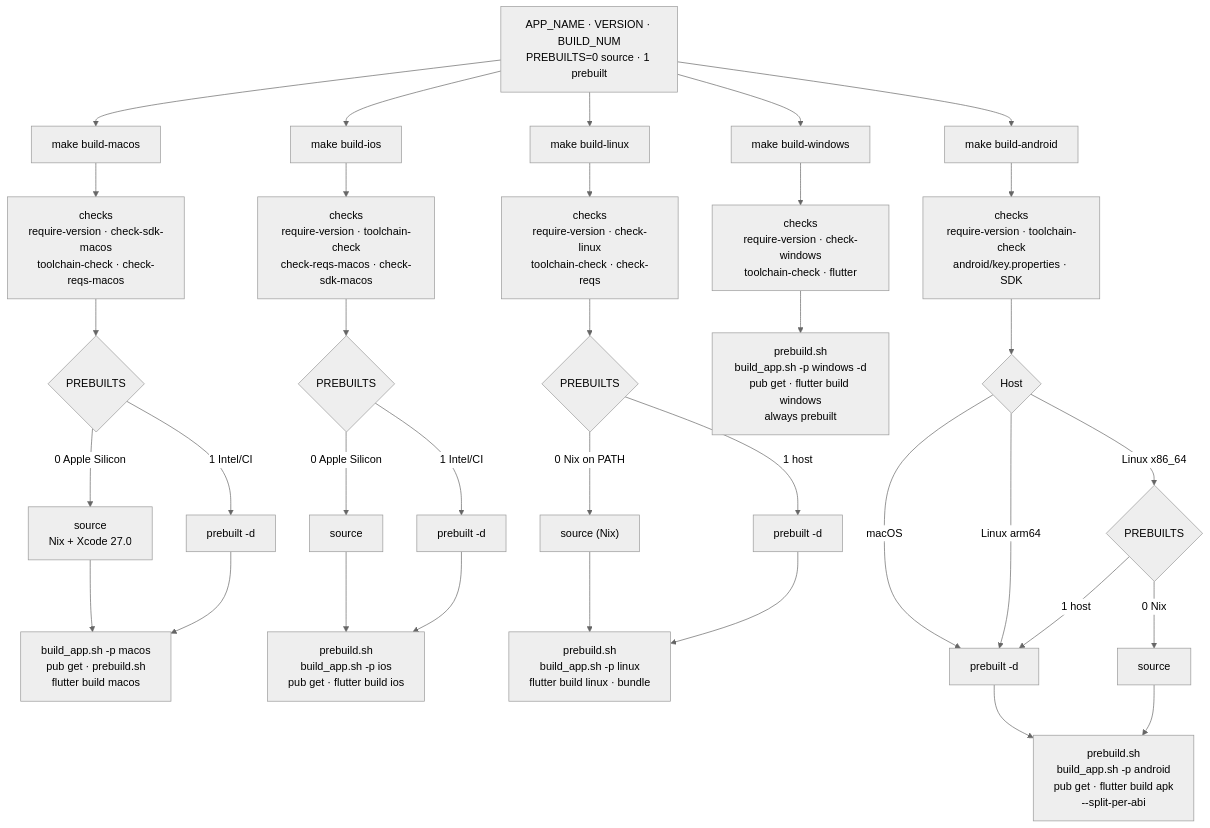
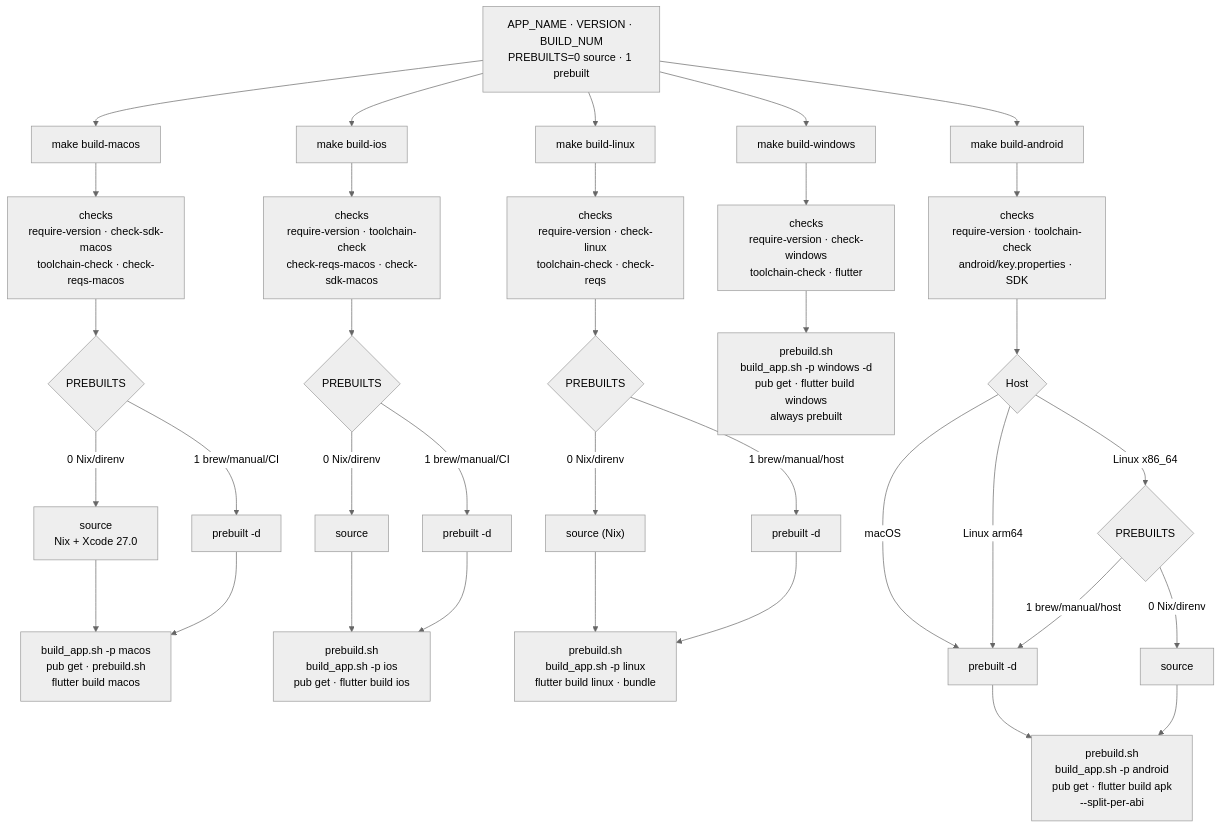
The second of 2 diagrams in docs/building/make-flow.md (cypherstack/stack_wallet), drawn with Mermaid (neutral theme) before and after one commit. The commit also changed other lines of this file and 5 other files, not shown here.

First line of the commit message:
build: make source mode Nix/direnv-only

````diff
--- a/docs/building/make-flow.md
+++ b/docs/building/make-flow.md
@@ -57,43 +57,43 @@
 ```mermaid
 flowchart TD
     O["APP_NAME · VERSION · BUILD_NUM<br/>PREBUILTS=0 source · 1 prebuilt"]
     O --> MAC["make build-macos"]
     O --> IOS["make build-ios"]
     O --> LINUX["make build-linux"]
     O --> WIN["make build-windows"]
     O --> AND["make build-android"]
 
     MAC --> MC["checks<br/>require-version · check-sdk-macos<br/>toolchain-check · check-reqs-macos"]
     MC --> MP{"PREBUILTS"}
-    MP -- "0 Apple Silicon" --> MS["source<br/>Nix + Xcode 27.0"]
-    MP -- "1 Intel/CI" --> MB["prebuilt -d"]
+    MP -- "0 Nix/direnv" --> MS["source<br/>Nix + Xcode 27.0"]
+    MP -- "1 brew/manual/CI" --> MB["prebuilt -d"]
     MS --> MR["build_app.sh -p macos<br/>pub get · prebuild.sh<br/>flutter build macos"]
     MB --> MR
 
     IOS --> IC["checks<br/>require-version · toolchain-check<br/>check-reqs-macos · check-sdk-macos"]
     IC --> IP{"PREBUILTS"}
-    IP -- "0 Apple Silicon" --> IS["source"]
-    IP -- "1 Intel/CI" --> IB["prebuilt -d"]
+    IP -- "0 Nix/direnv" --> IS["source"]
+    IP -- "1 brew/manual/CI" --> IB["prebuilt -d"]
     IS --> IR["prebuild.sh<br/>build_app.sh -p ios<br/>pub get · flutter build ios"]
     IB --> IR
 
     LINUX --> LC["checks<br/>require-version · check-linux<br/>toolchain-check · check-reqs"]
     LC --> LP{"PREBUILTS"}
-    LP -- "0 Nix on PATH" --> LS["source (Nix)"]
-    LP -- "1 host" --> LB["prebuilt -d"]
+    LP -- "0 Nix/direnv" --> LS["source (Nix)"]
+    LP -- "1 brew/manual/host" --> LB["prebuilt -d"]
     LS --> LR["prebuild.sh<br/>build_app.sh -p linux<br/>flutter build linux · bundle"]
     LB --> LR
 
     WIN --> WC["checks<br/>require-version · check-windows<br/>toolchain-check · flutter"]
     WC --> WR["prebuild.sh<br/>build_app.sh -p windows -d<br/>pub get · flutter build windows<br/>always prebuilt"]
 
     AND --> AC["checks<br/>require-version · toolchain-check<br/>android/key.properties · SDK"]
     AC --> AH{"Host"}
     AH -- macOS --> AB["prebuilt -d"]
     AH -- "Linux arm64" --> AB
     AH -- "Linux x86_64" --> AP{"PREBUILTS"}
-    AP -- "0 Nix" --> AS["source"]
-    AP -- "1 host" --> AB
+    AP -- "0 Nix/direnv" --> AS["source"]
+    AP -- "1 brew/manual/host" --> AB
     AB --> AR["prebuild.sh<br/>build_app.sh -p android<br/>pub get · flutter build apk<br/>--split-per-abi"]
     AS --> AR
 ```
````
